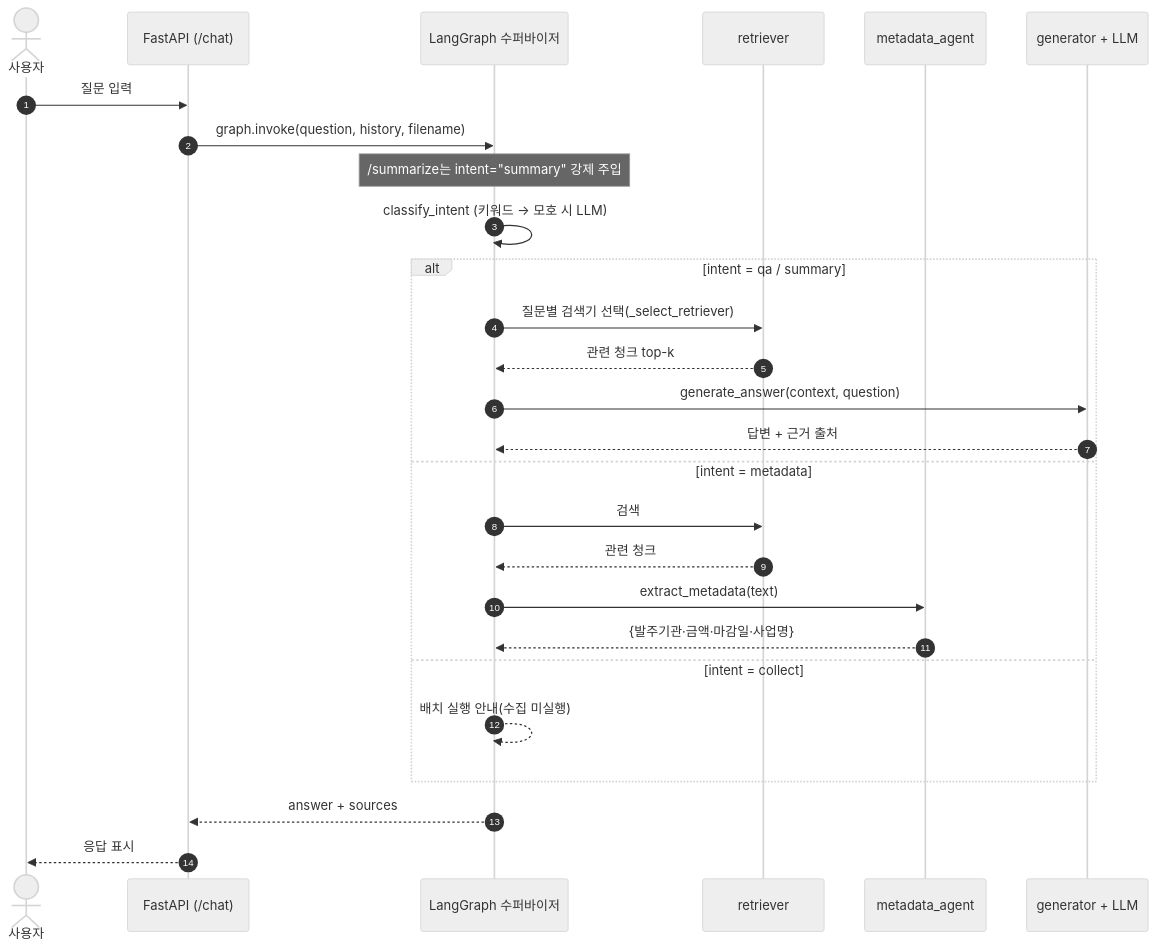
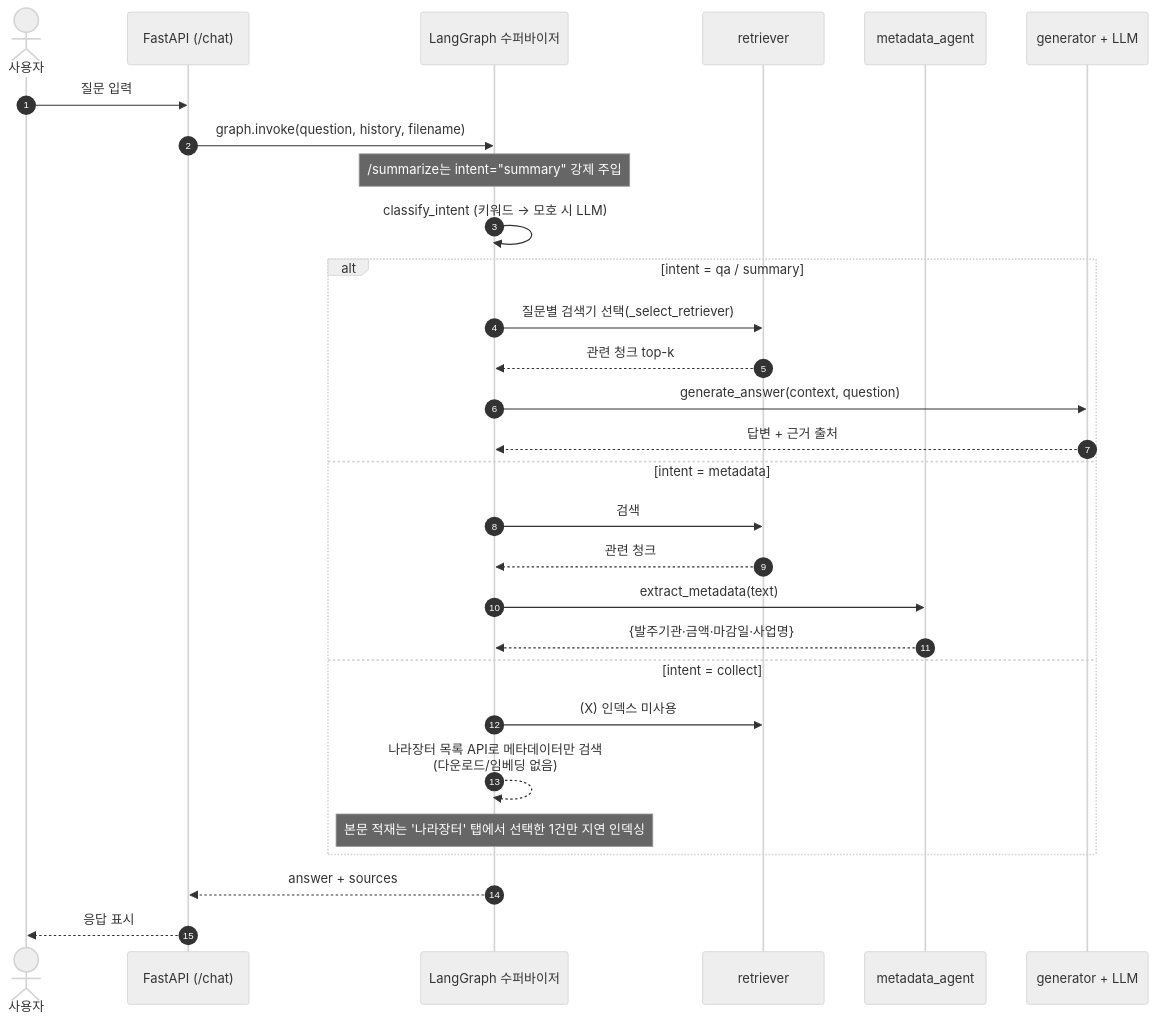
Before and after one commit to eunnamahn/bidmate-rfp-rag: the second of 2 diagrams in ARCHITECTURE.md, drawn with Mermaid (neutral theme). The commit also changed other lines of this file and 4 other files, not shown here.

First line of the commit message:
feat: 나라장터 타겟 검색 + 지연 인덱싱 + 첨부 HWP/PDF 중복 제거

````diff
--- a/ARCHITECTURE.md
+++ b/ARCHITECTURE.md
@@ -72,32 +72,34 @@
 ```mermaid
 sequenceDiagram
     autonumber
     actor U as 사용자
     participant API as FastAPI (/chat)
     participant G as LangGraph 수퍼바이저
     participant R as retriever
     participant MA as metadata_agent
     participant GEN as generator + LLM
 
     U->>API: 질문 입력
     API->>G: graph.invoke(question, history, filename)
     Note over G: /summarize는 intent="summary" 강제 주입
     G->>G: classify_intent (키워드 → 모호 시 LLM)
 
     alt intent = qa / summary
         G->>R: 질문별 검색기 선택(_select_retriever)
         R-->>G: 관련 청크 top-k
         G->>GEN: generate_answer(context, question)
         GEN-->>G: 답변 + 근거 출처
     else intent = metadata
         G->>R: 검색
         R-->>G: 관련 청크
         G->>MA: extract_metadata(text)
         MA-->>G: {발주기관·금액·마감일·사업명}
     else intent = collect
-        G-->>G: 배치 실행 안내(수집 미실행)
+        G->>R: (X) 인덱스 미사용
+        G-->>G: 나라장터 목록 API로 메타데이터만 검색<br/>(다운로드/임베딩 없음)
+        Note over G: 본문 적재는 '나라장터' 탭에서 선택한 1건만 지연 인덱싱
     end
 
     G-->>API: answer + sources
     API-->>U: 응답 표시
 ```
````
